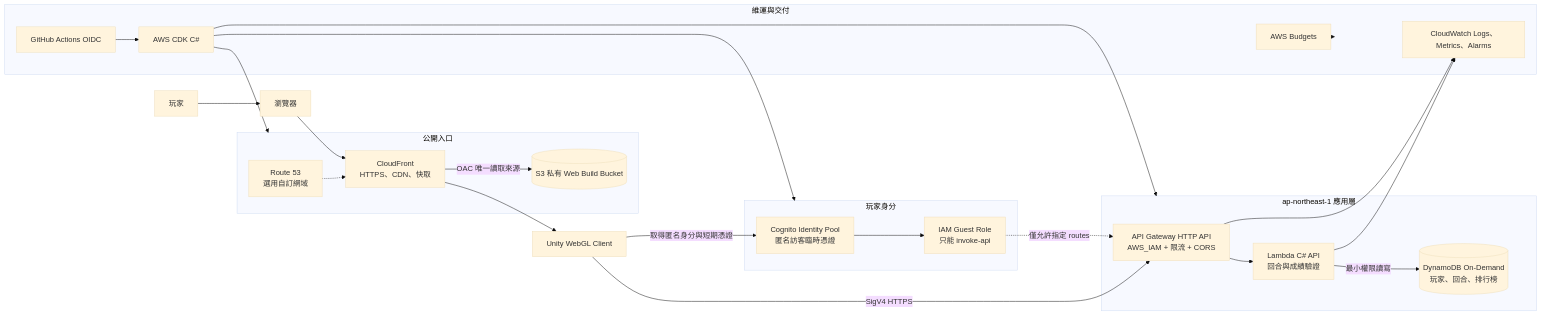
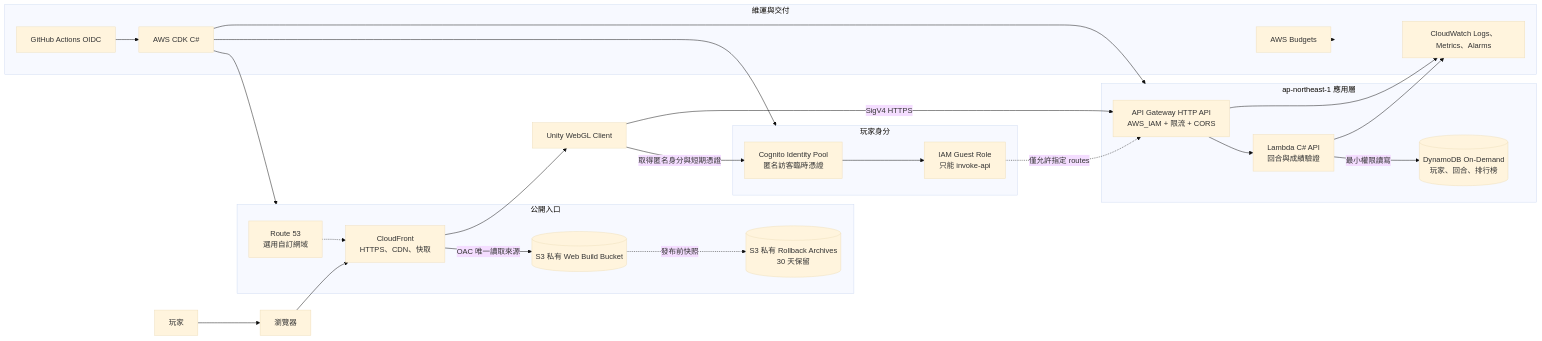
Before and after one commit to 789jacobis/CrossyGame: the first of 2 diagrams in docs/AWS_TARGET_ARCHITECTURE.md, drawn with Mermaid (base theme). The commit also changed other lines of this file and 10 other files, not shown here.

Commit message:
Add one-click WebGL rollback

````diff
--- a/docs/AWS_TARGET_ARCHITECTURE.md
+++ b/docs/AWS_TARGET_ARCHITECTURE.md
@@ -22,49 +22,51 @@
 ```mermaid
 flowchart LR
     Player[玩家] --> Browser[瀏覽器]
 
     subgraph Edge[公開入口]
         DNS[Route 53<br/>選用自訂網域]
         CDN[CloudFront<br/>HTTPS、CDN、快取]
         WebBucket[(S3 私有 Web Build Bucket)]
+        RollbackBucket[(S3 私有 Rollback Archives<br/>30 天保留)]
     end
 
     DNS -.-> CDN
     Browser --> CDN
     CDN -->|OAC 唯一讀取來源| WebBucket
+    WebBucket -. 發布前快照 .-> RollbackBucket
     CDN --> Client[Unity WebGL Client]
 
     subgraph Identity[玩家身分]
         Cognito[Cognito Identity Pool<br/>匿名訪客臨時憑證]
         GuestRole[IAM Guest Role<br/>只能 invoke-api]
     end
 
     Client -->|取得匿名身分與短期憑證| Cognito
     Cognito --> GuestRole
 
     subgraph Application[ap-northeast-1 應用層]
         API[API Gateway HTTP API<br/>AWS_IAM + 限流 + CORS]
         Lambda[Lambda C# API<br/>回合與成績驗證]
         Table[(DynamoDB On-Demand<br/>玩家、回合、排行榜)]
     end
 
     Client -->|SigV4 HTTPS| API
     GuestRole -.->|僅允許指定 routes| API
     API --> Lambda
     Lambda -->|最小權限讀寫| Table
 
     subgraph Operations[維運與交付]
         Logs[CloudWatch Logs、Metrics、Alarms]
         Budget[AWS Budgets]
         Pipeline[GitHub Actions OIDC]
         CDK[AWS CDK C#]
     end
 
     Lambda --> Logs
     API --> Logs
     Budget -.-> Operations
     Pipeline --> CDK
     CDK --> Edge
     CDK --> Identity
     CDK --> Application
 ```
````
